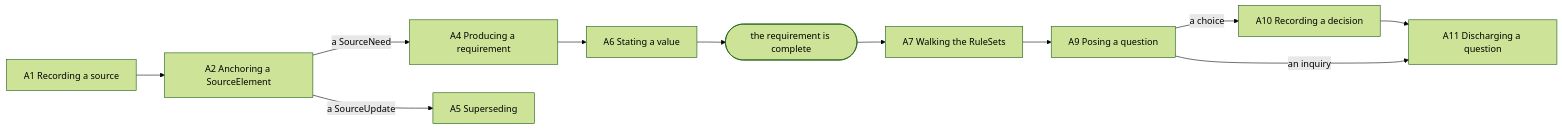
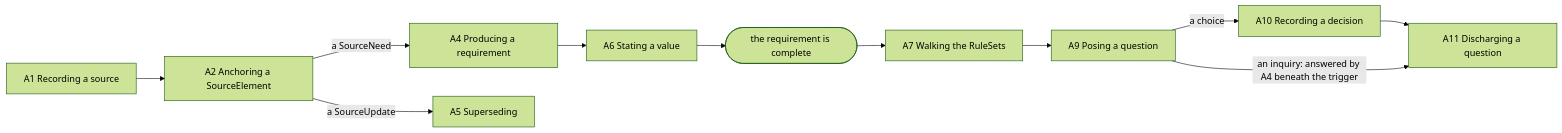
The diagram in spec/07-acts.md (szantob/ProjectML), drawn with Mermaid (forest theme) before and after one commit. The commit also changed other lines of this file and 1 other file, not shown here.

````diff
--- a/spec/07-acts.md
+++ b/spec/07-acts.md
@@ -166,13 +167,13 @@
 ```mermaid
 flowchart LR
     A1["A1 Recording a source"] --> A2["A2 Anchoring a SourceElement"]
     A2 -->|"a SourceNeed"| A4["A4 Producing a requirement"]
     A2 -->|"a SourceUpdate"| A5["A5 Superseding"]
     A4 --> A6["A6 Stating a value"]
     A6 --> C(["the requirement is complete"])
     C --> A7["A7 Walking the RuleSets"]
     A7 --> A9["A9 Posing a question"]
     A9 -->|"a choice"| A10["A10 Recording a decision"]
     A10 --> A11["A11 Discharging a question"]
-    A9 -->|"an inquiry"| A11
+    A9 -->|"an inquiry: answered by A4 beneath the trigger"| A11
 ```
````
